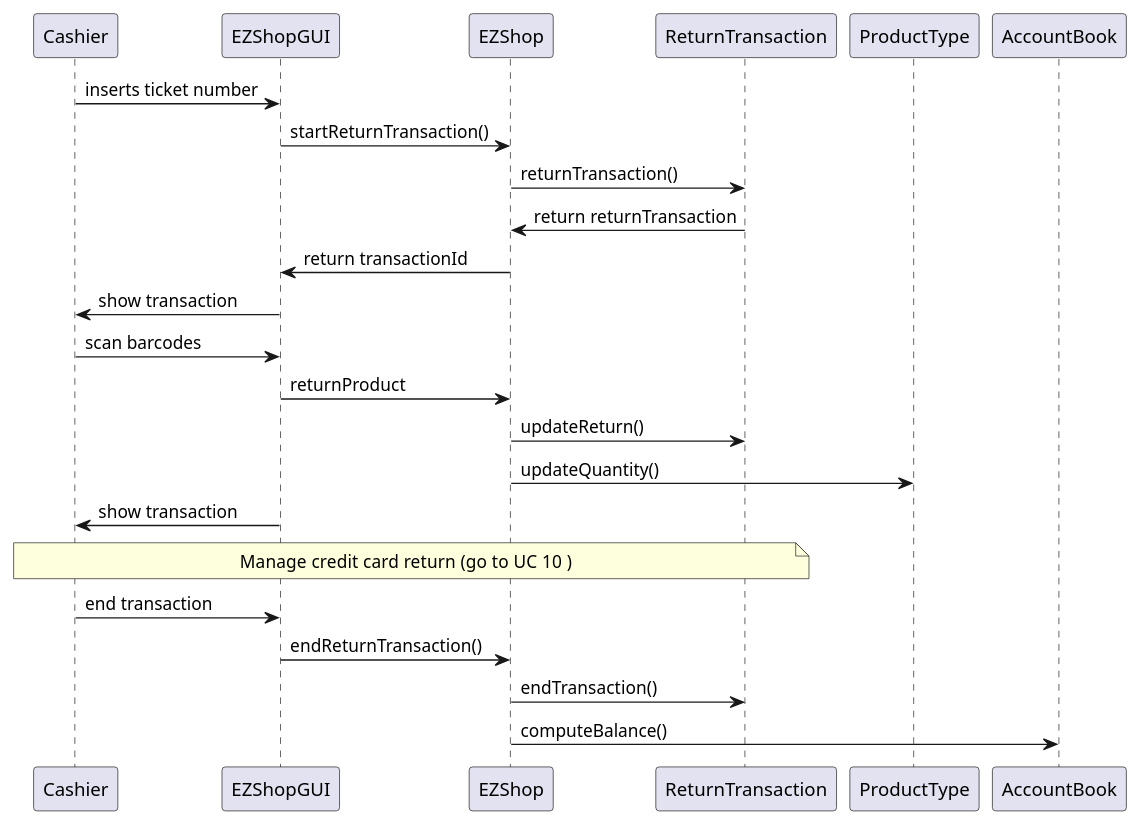
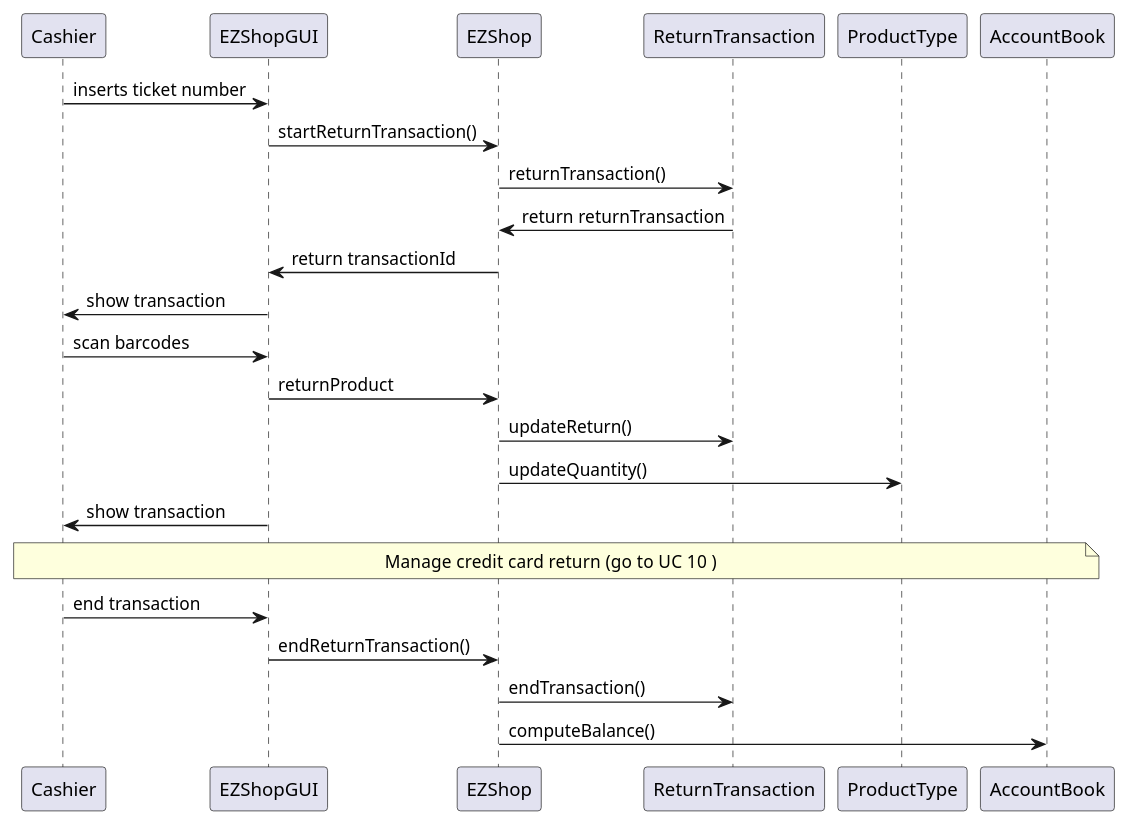
Diagram 11 of 13 in Deliverables/DesignDocument.md (polito-se2-21-r03/se1-ezshop), drawn with PlantUML before and after one commit. The commit also changed other lines of this file, not shown here.

Commit message:
sequence diagram 8.1 update 2

````diff
--- a/Deliverables/DesignDocument.md
+++ b/Deliverables/DesignDocument.md
@@ -470,26 +470,26 @@
 ```plantuml
 
 Cashier -> EZShopGUI: inserts ticket number
 EZShopGUI -> EZShop: startReturnTransaction()
 EZShop -> ReturnTransaction: returnTransaction()
 ReturnTransaction -> EZShop: return returnTransaction
 EZShop -> EZShopGUI: return transactionId
 EZShopGUI -> Cashier : show transaction
 Cashier -> EZShopGUI: scan barcodes
 EZShopGUI -> EZShop: returnProduct
 EZShop -> ReturnTransaction: updateReturn()
 EZShop -> ProductType: updateQuantity()
 EZShopGUI -> Cashier: show transaction
 
-note over Cashier, ReturnTransaction
+note over Cashier, AccountBook
 Manage credit card return  (go to UC 10 )
 end note
 
 Cashier -> EZShopGUI: end transaction
 EZShopGUI -> EZShop: endReturnTransaction()
 EZShop -> ReturnTransaction: endTransaction()
 EZShop -> AccountBook: computeBalance()
 
 
 
 ```
````
